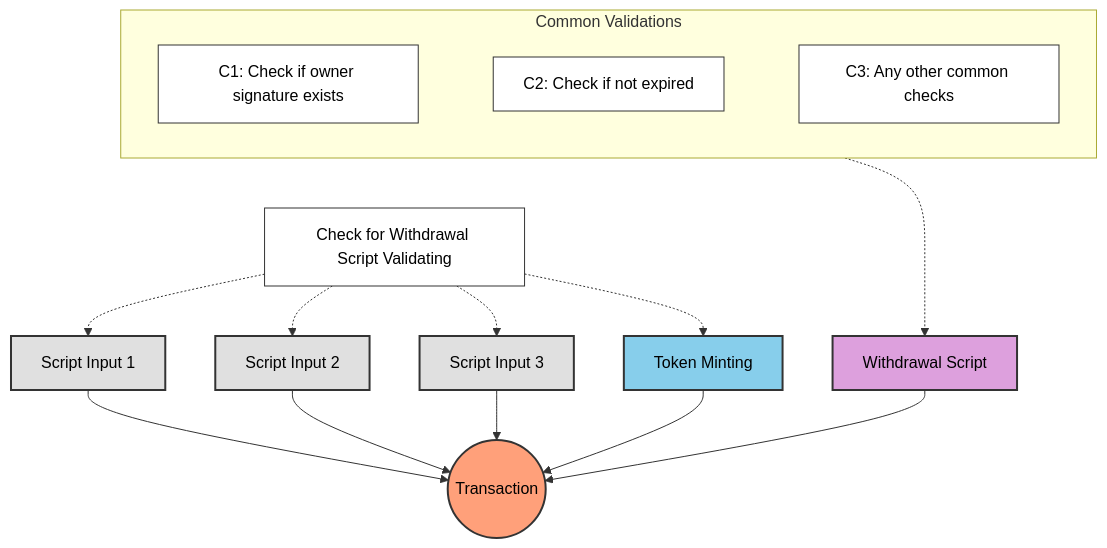
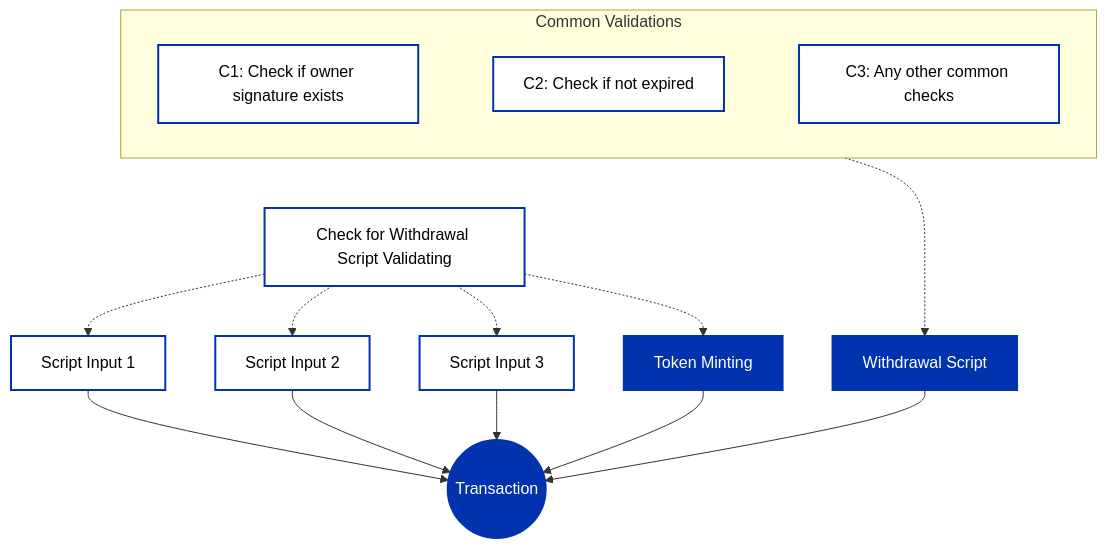
Before and after one commit to cardano-foundation/developer-portal: the second of 2 diagrams in docs/smart-contracts/lessons/05-avoid-redundant-validation.md, drawn with Mermaid. The commit also changed other lines of this file and 14 other files, not shown here.

Commit message:
cardano unified color scheme for mermaid diagrams

````diff
--- a/docs/smart-contracts/lessons/05-avoid-redundant-validation.md
+++ b/docs/smart-contracts/lessons/05-avoid-redundant-validation.md
@@ -68,48 +68,48 @@
 ```mermaid
 graph TB
     %% Layout subgraph for labels at top with horizontal alignment
     subgraph Checks[" Common Validations "]
         direction LR
         C1["C1: Check if owner signature exists"] ~~~ C2["C2: Check if not expired"] ~~~ C3["C3: Any other common checks"]
     end
     
     %% Add spacing
     WithdrawalCheck[" Check for Withdrawal Script Validating "]
     
     %% Organize layout with invisible connections for spacing
     Checks ~~~ WithdrawalCheck
     
     %% Connect validation flows
     Checks -.-> W
     WithdrawalCheck -.-> A1
     WithdrawalCheck -.-> A2
     WithdrawalCheck -.-> A3
     WithdrawalCheck -.-> M
 
     %% Inputs on left with consistent arrows
     A1[Script Input 1] --> TX
     A2[Script Input 2] --> TX
     A3[Script Input 3] --> TX
     
     %% Transaction and other components
     TX((Transaction))
     M[Token Minting] --> TX
     W[Withdrawal Script] --> TX
     
     %% Styling
-    style TX fill:#FFA07A,stroke:#333,stroke-width:2px,color:#000
-    style M fill:#87CEEB,stroke:#333,stroke-width:2px,color:#000
-    style W fill:#DDA0DD,stroke:#333,stroke-width:2px,color:#000
-    style A1 fill:#E0E0E0,stroke:#333,stroke-width:2px,color:#000
-    style A2 fill:#E0E0E0,stroke:#333,stroke-width:2px,color:#000
-    style A3 fill:#E0E0E0,stroke:#333,stroke-width:2px,color:#000
-    style C1 fill:#FFFFFF,stroke:#333,stroke-width:1px,color:#000
-    style C2 fill:#FFFFFF,stroke:#333,stroke-width:1px,color:#000
-    style C3 fill:#FFFFFF,stroke:#333,stroke-width:1px,color:#000
-    style WithdrawalCheck fill:#FFFFFF,stroke:#333,stroke-width:1px,color:#000
+    style TX fill:#0033AD,stroke:#0033AD,stroke-width:2px,color:#FFFFFF
+    style M fill:#0033AD,stroke:#0033AD,stroke-width:2px,color:#FFFFFF
+    style W fill:#0033AD,stroke:#0033AD,stroke-width:2px,color:#FFFFFF
+    style A1 fill:#FFFFFF,stroke:#0033AD,stroke-width:2px,color:#000000
+    style A2 fill:#FFFFFF,stroke:#0033AD,stroke-width:2px,color:#000000
+    style A3 fill:#FFFFFF,stroke:#0033AD,stroke-width:2px,color:#000000
+    style C1 fill:#FFFFFF,stroke:#0033AD,stroke-width:2px,color:#000000
+    style C2 fill:#FFFFFF,stroke:#0033AD,stroke-width:2px,color:#000000
+    style C3 fill:#FFFFFF,stroke:#0033AD,stroke-width:2px,color:#000000
+    style WithdrawalCheck fill:#FFFFFF,stroke:#0033AD,stroke-width:2px,color:#000000
     
     %% Remove visible connections between check boxes
     linkStyle 0 stroke-width:0px
     linkStyle 1 stroke-width:0px
     linkStyle 2 stroke-width:0px
 ```
````
